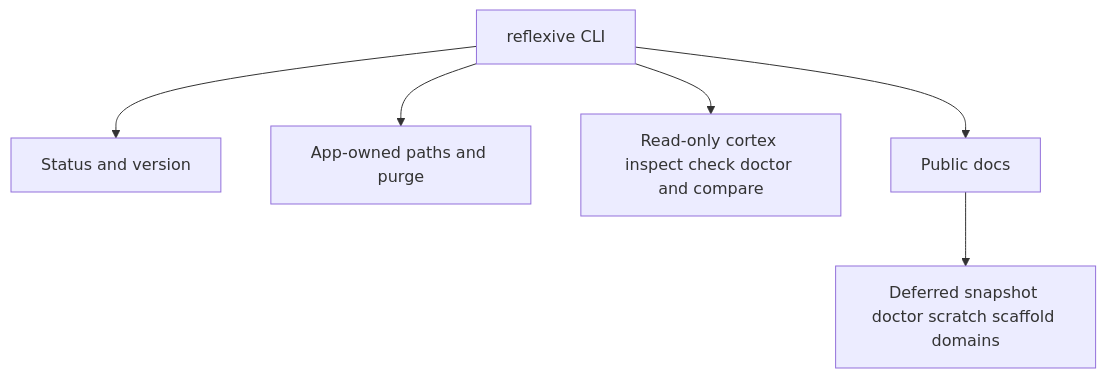
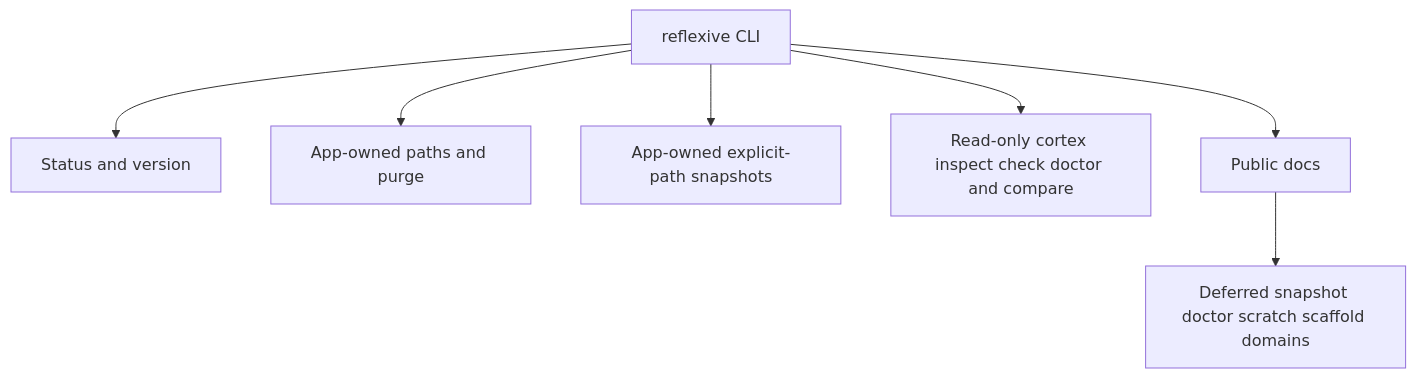
The diagram in docs/architecture.mmd (rohankhanna/reflexive), drawn with Mermaid before and after one commit. The commit also changed 6 other files, not shown here.

Commit message:
feat: add public app-owned snapshots

```diff
--- a/docs/architecture.mmd
+++ b/docs/architecture.mmd
@@ -1,6 +1,7 @@
 flowchart TD
     CLI[reflexive CLI] --> STATUS[Status and version]
     CLI --> PATHS[App-owned paths and purge]
+    CLI --> SNAP[App-owned explicit-path snapshots]
     CLI --> INSPECT[Read-only cortex inspect check doctor and compare]
     CLI --> DOCS[Public docs]
     DOCS --> FUTURE[Deferred snapshot doctor scratch scaffold domains]
```
